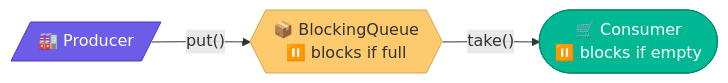
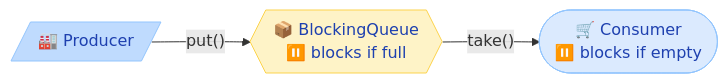
The second of 2 diagrams in docs/java/ConcurrentCollections.md (saivamsikaruturi/vamsilabs-dev-notes-main), drawn with Mermaid before and after one commit. The commit also changed other lines of this file and 220 other files, not shown here.

First line of the commit message:
Add 50+ new Java/Spring Boot pages, rewrite CSS code blocks to Oracle style, fix all diagram colors

````diff
--- a/docs/java/ConcurrentCollections.md
+++ b/docs/java/ConcurrentCollections.md
@@ -138,9 +138,9 @@
 ```mermaid
 flowchart LR
     P[/"🏭 Producer"/] -->|"put()"| Q{{"📦 BlockingQueue<br/>⏸️ blocks if full"}}
     Q -->|"take()"| C(["🛒 Consumer<br/>⏸️ blocks if empty"])
 
-    style P fill:#6c5ce7,stroke:#4a3db8,color:#fff
-    style Q fill:#fdcb6e,stroke:#d4a84b,color:#333
-    style C fill:#00b894,stroke:#008c6e,color:#fff
+    style P fill:#BFDBFE,stroke:#93C5FD,color:#1E40AF
+    style Q fill:#FEF3C7,stroke:#FCD34D,color:#1E40AF
+    style C fill:#DBEAFE,stroke:#93C5FD,color:#1E40AF
 ```
````
